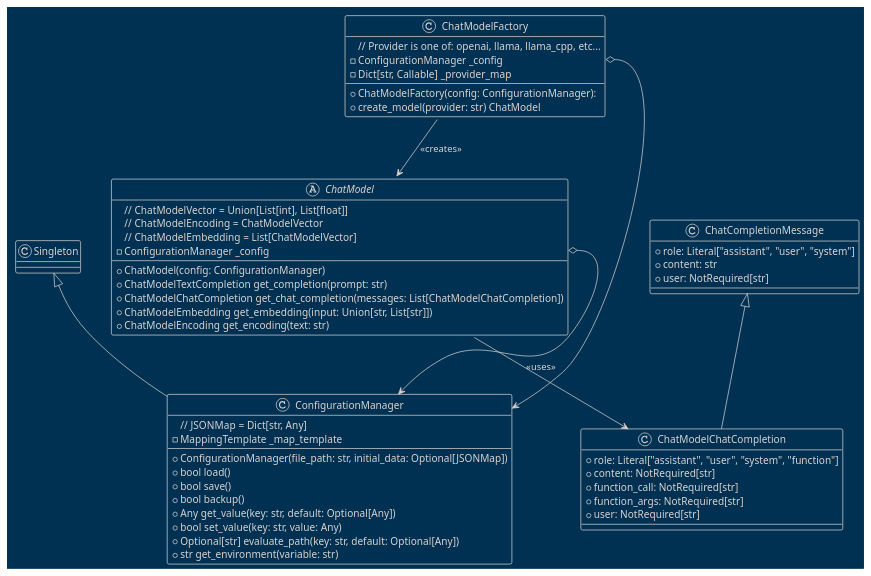
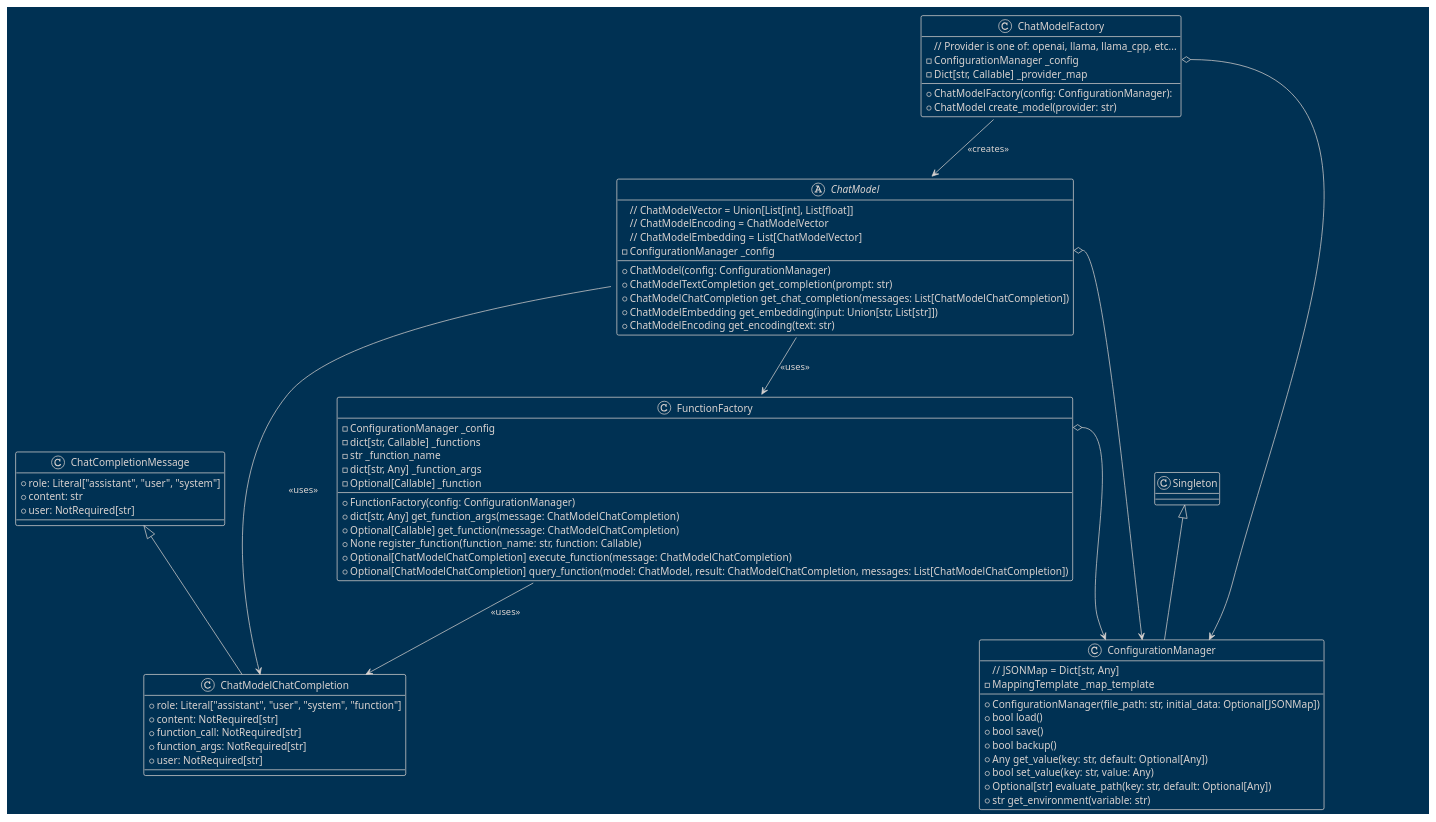
Before and after one commit to teleprint-me/py.gpt.prompt: the diagram in docs/diagrams/plantuml/chat_model.puml, drawn with PlantUML.

Commit message:
docs: Fix ChatModelFactory and add FunctionFactory

```diff
--- a/docs/diagrams/plantuml/chat_model.puml
+++ b/docs/diagrams/plantuml/chat_model.puml
@@ -1,58 +1,76 @@
 @startuml ChatModel
 !theme blueprint
 
 ' docs/diagrams/plantuml/chat_model.puml
 
 class ConfigurationManager extends Singleton {
     // JSONMap = Dict[str, Any]
     - MappingTemplate _map_template
     + ConfigurationManager(file_path: str, initial_data: Optional[JSONMap])
     + bool load()
     + bool save()
     + bool backup()
     + Any get_value(key: str, default: Optional[Any])
     + bool set_value(key: str, value: Any)
     + Optional[str] evaluate_path(key: str, default: Optional[Any])
     + str get_environment(variable: str)
 }
 
 class ChatCompletionMessage {
     + role: Literal["assistant", "user", "system"]
     + content: str
     + user: NotRequired[str]
 }
 
 class ChatModelChatCompletion extends ChatCompletionMessage {
     + role: Literal["assistant", "user", "system", "function"]
     + content: NotRequired[str]
     + function_call: NotRequired[str]
     + function_args: NotRequired[str]
     + user: NotRequired[str]
 }
 
 abstract class ChatModel {
     // ChatModelVector = Union[List[int], List[float]]
     // ChatModelEncoding = ChatModelVector
     // ChatModelEmbedding = List[ChatModelVector]
     - ConfigurationManager _config
     + ChatModel(config: ConfigurationManager)
     + ChatModelTextCompletion get_completion(prompt: str)
     + ChatModelChatCompletion get_chat_completion(messages: List[ChatModelChatCompletion])
     + ChatModelEmbedding get_embedding(input: Union[str, List[str]])
     + ChatModelEncoding get_encoding(text: str)
 }
 
 class ChatModelFactory {
     // Provider is one of: openai, llama, llama_cpp, etc...
     - ConfigurationManager _config
     - Dict[str, Callable] _provider_map
     + ChatModelFactory(config: ConfigurationManager):
-    + create_model(provider: str) ChatModel
+    + ChatModel create_model(provider: str)
+}
+
+class FunctionFactory {
+    - ConfigurationManager _config
+    - dict[str, Callable] _functions
+    - str _function_name
+    - dict[str, Any] _function_args
+    - Optional[Callable] _function
+    + FunctionFactory(config: ConfigurationManager)
+    + dict[str, Any] get_function_args(message: ChatModelChatCompletion)
+    + Optional[Callable] get_function(message: ChatModelChatCompletion)
+    + None register_function(function_name: str, function: Callable)
+    + Optional[ChatModelChatCompletion] execute_function(message: ChatModelChatCompletion)
+    + Optional[ChatModelChatCompletion] query_function(model: ChatModel, result: ChatModelChatCompletion, messages: List[ChatModelChatCompletion])
 }
 
 ChatModelFactory --> ChatModel : <<creates>>
 ChatModelFactory::_config o--> ConfigurationManager
+
 ChatModel::_config o--> ConfigurationManager
 ChatModel --> ChatModelChatCompletion : <<uses>>
 
+FunctionFactory::_config o--> ConfigurationManager
+FunctionFactory --> ChatModelChatCompletion : <<uses>>
+ChatModel --> FunctionFactory : <<uses>>
 @enduml
```
